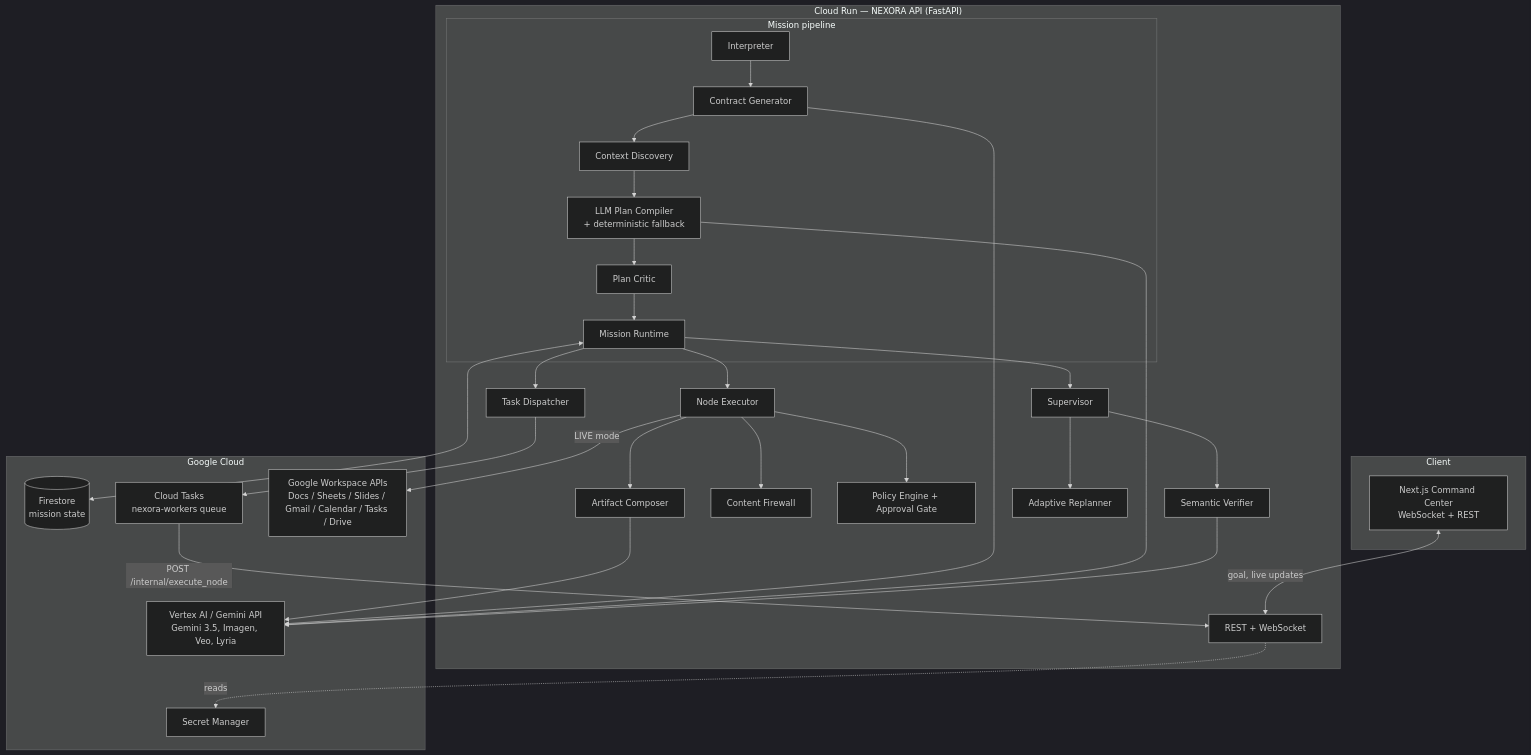
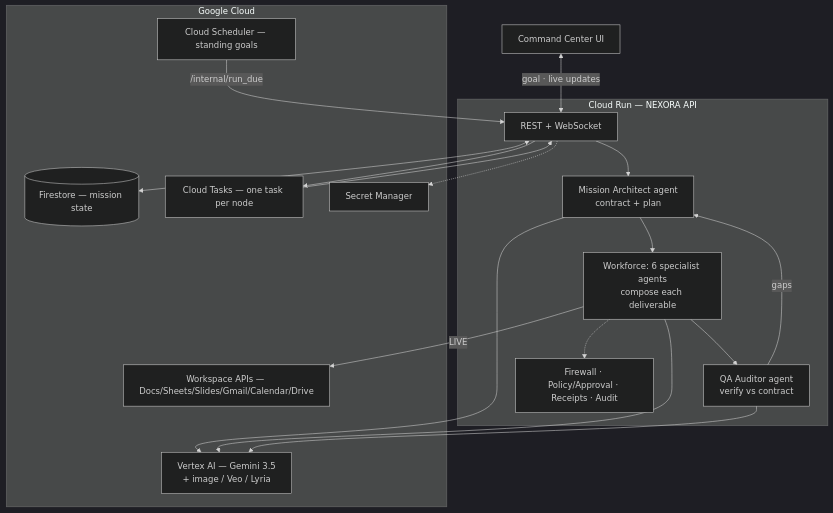
Before and after one commit to TusharTechs/nexora: the diagram in docs/ARCHITECTURE.md, drawn with Mermaid (dark theme). The commit also changed other lines of this file and 2 other files, not shown here.

First line of the commit message:
README + ARCHITECTURE rewrite; frontend standing-instructions panel

````diff
--- a/docs/ARCHITECTURE.md
+++ b/docs/ARCHITECTURE.md
@@ -9,44 +9,33 @@
 ```mermaid
 flowchart TB
-    subgraph Client
-        UI[Next.js Command Center<br/>WebSocket + REST]
+    UI[Command Center UI] <-->|goal · live updates| API
+
+    subgraph CR["Cloud Run — NEXORA API"]
+      API[REST + WebSocket]
+      ARCH["Mission Architect agent<br/>contract + plan"]
+      WORK["Workforce: 6 specialist agents<br/>compose each deliverable"]
+      QA["QA Auditor agent<br/>verify vs contract"]
+      GOV["Firewall · Policy/Approval · Receipts · Audit"]
+      API --> ARCH --> WORK --> QA
+      QA -->|gaps| ARCH
+      WORK -.-> GOV
     end
 
-    subgraph CloudRun["Cloud Run — NEXORA API (FastAPI)"]
-        API[REST + WebSocket]
-        subgraph Pipeline["Mission pipeline"]
-            INT[Interpreter] --> CON[Contract Generator]
-            CON --> CTX[Context Discovery]
-            CTX --> CMP[LLM Plan Compiler<br/>+ deterministic fallback]
-            CMP --> CRI[Plan Critic]
-            CRI --> RUN[Mission Runtime]
-        end
-        RUN --> EXE[Node Executor]
-        EXE --> COMP[Artifact Composer]
-        EXE --> FW[Content Firewall]
-        EXE --> POL[Policy Engine + Approval Gate]
-        RUN --> SUP[Supervisor]
-        SUP --> SV[Semantic Verifier]
-        SUP --> AR[Adaptive Replanner]
-        RUN --> DISP[Task Dispatcher]
+    subgraph GC["Google Cloud"]
+      VERTEX["Vertex AI — Gemini 3.5<br/>+ image / Veo / Lyria"]
+      FS[(Firestore — mission state)]
+      TASKS[Cloud Tasks — one task per node]
+      SCHED[Cloud Scheduler — standing goals]
+      WSAPI[Workspace APIs — Docs/Sheets/Slides/Gmail/Calendar/Drive]
+      SM[Secret Manager]
     end
 
-    subgraph Google["Google Cloud"]
-        GENAI[Vertex AI / Gemini API<br/>Gemini 3.5, Imagen, Veo, Lyria]
-        FS[(Firestore<br/>mission state)]
-        CT[Cloud Tasks<br/>nexora-workers queue]
-        WS[Google Workspace APIs<br/>Docs / Sheets / Slides / Gmail / Calendar / Tasks / Drive]
-        SM[Secret Manager]
-    end
-
-    UI <-->|goal, live updates| API
-    COMP --> GENAI
-    CON --> GENAI
-    CMP --> GENAI
-    SV --> GENAI
-    RUN <--> FS
-    DISP --> CT
-    CT -->|POST /internal/execute_node| API
-    EXE -->|LIVE mode| WS
-    API -.reads.-> SM
+    ARCH --> VERTEX
+    WORK --> VERTEX
+    QA --> VERTEX
+    API <--> FS
+    API --> TASKS --> API
+    SCHED -->|/internal/run_due| API
+    WORK -->|LIVE| WSAPI
+    API -.-> SM
 ```
````
